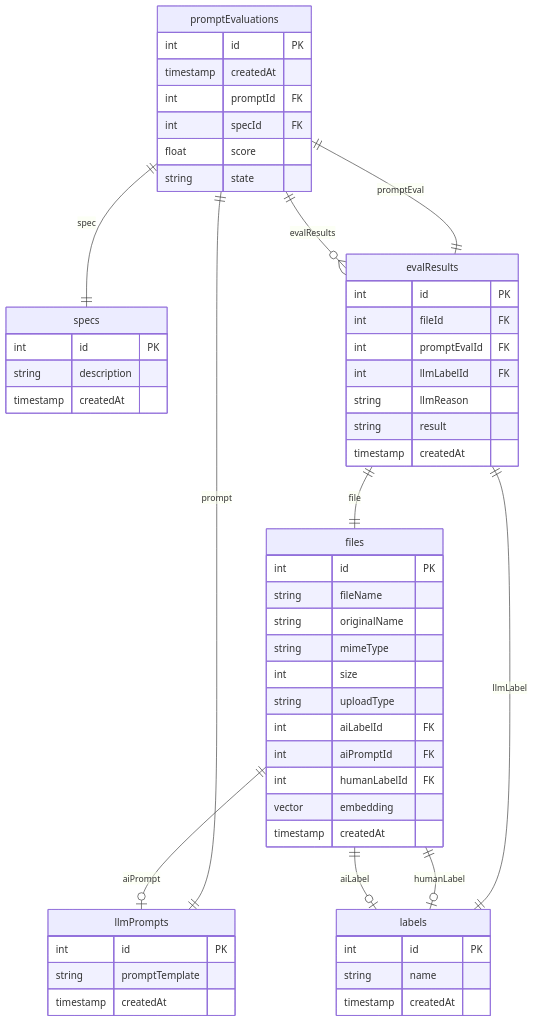
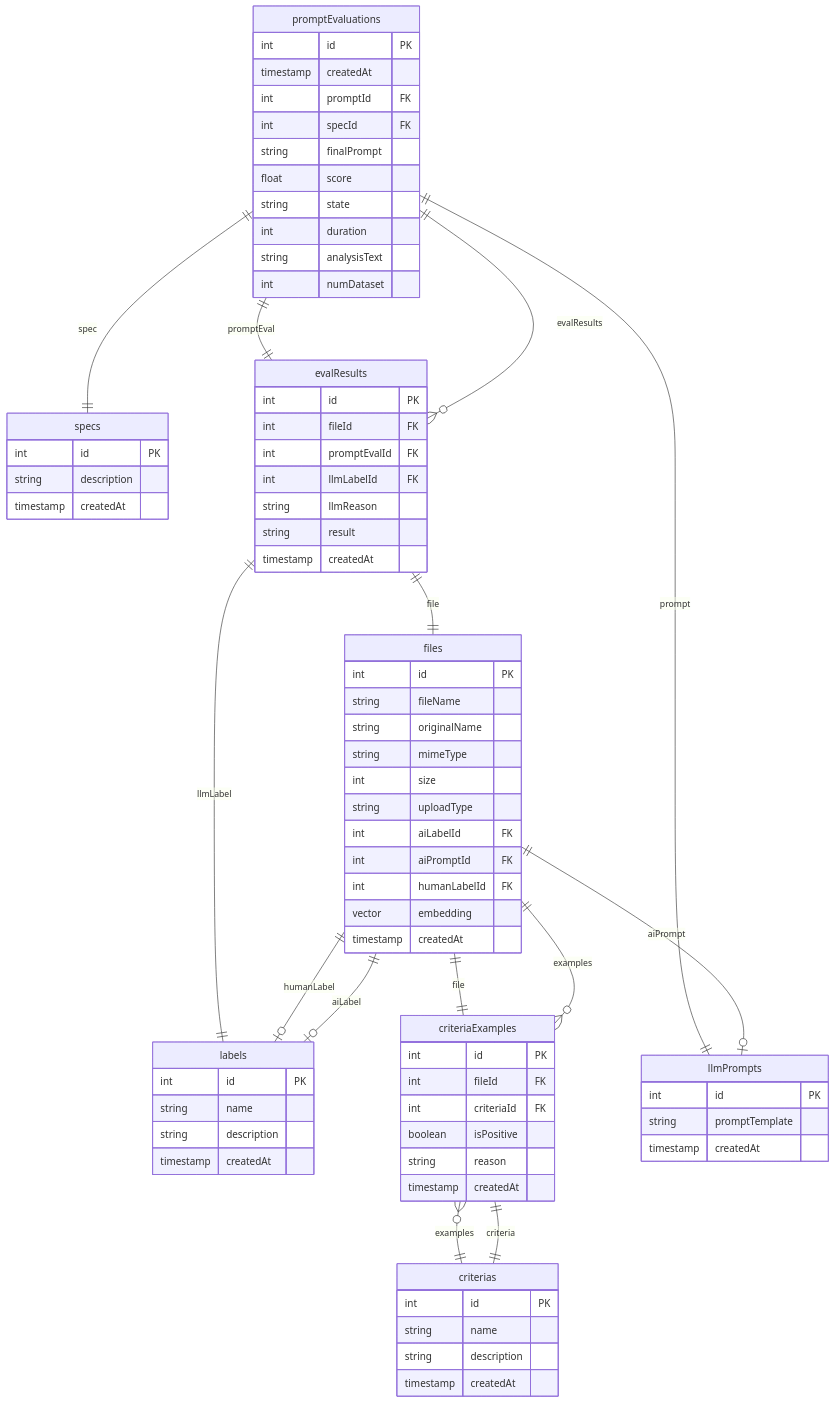
Before and after one commit to msrks/llmbox: the diagram in README.md, drawn with Mermaid. The commit also changed 12 other files, not shown here.

````diff
--- a/README.md
+++ b/README.md
@@ -38,58 +38,81 @@
 ```mermaid
 erDiagram
     files {
         int id PK
         string fileName
         string originalName
         string mimeType
         int size
         string uploadType
         int aiLabelId FK
         int aiPromptId FK
         int humanLabelId FK
         vector embedding
         timestamp createdAt
     }
     labels {
         int id PK
         string name
+        string description
+        timestamp createdAt
+    }
+    criterias {
+        int id PK
+        string name
+        string description
+        timestamp createdAt
+    }
+    criteriaExamples {
+        int id PK
+        int fileId FK
+        int criteriaId FK
+        boolean isPositive
+        string reason
         timestamp createdAt
     }
     llmPrompts {
         int id PK
         string promptTemplate
         timestamp createdAt
     }
     specs {
         int id PK
         string description
         timestamp createdAt
     }
     promptEvaluations {
         int id PK
         timestamp createdAt
         int promptId FK
         int specId FK
+        string finalPrompt
         float score
         string state
+        int duration
+        string analysisText
+        int numDataset
     }
     evalResults {
         int id PK
         int fileId FK
         int promptEvalId FK
         int llmLabelId FK
         string llmReason
         string result
         timestamp createdAt
     }
 
     files ||--o| labels : "aiLabel"
     files ||--o| labels : "humanLabel"
     files ||--o| llmPrompts : "aiPrompt"
+    files ||--o{ criteriaExamples : "examples"
+    criterias ||--o{ criteriaExamples : "examples"
+    criteriaExamples ||--|| files : "file"
+    criteriaExamples ||--|| criterias : "criteria"
     promptEvaluations ||--|| llmPrompts : "prompt"
     promptEvaluations ||--|| specs : "spec"
     promptEvaluations ||--o{ evalResults : "evalResults"
     evalResults ||--|| files : "file"
     evalResults ||--|| promptEvaluations : "promptEval"
     evalResults ||--|| labels : "llmLabel"
 ```
````
